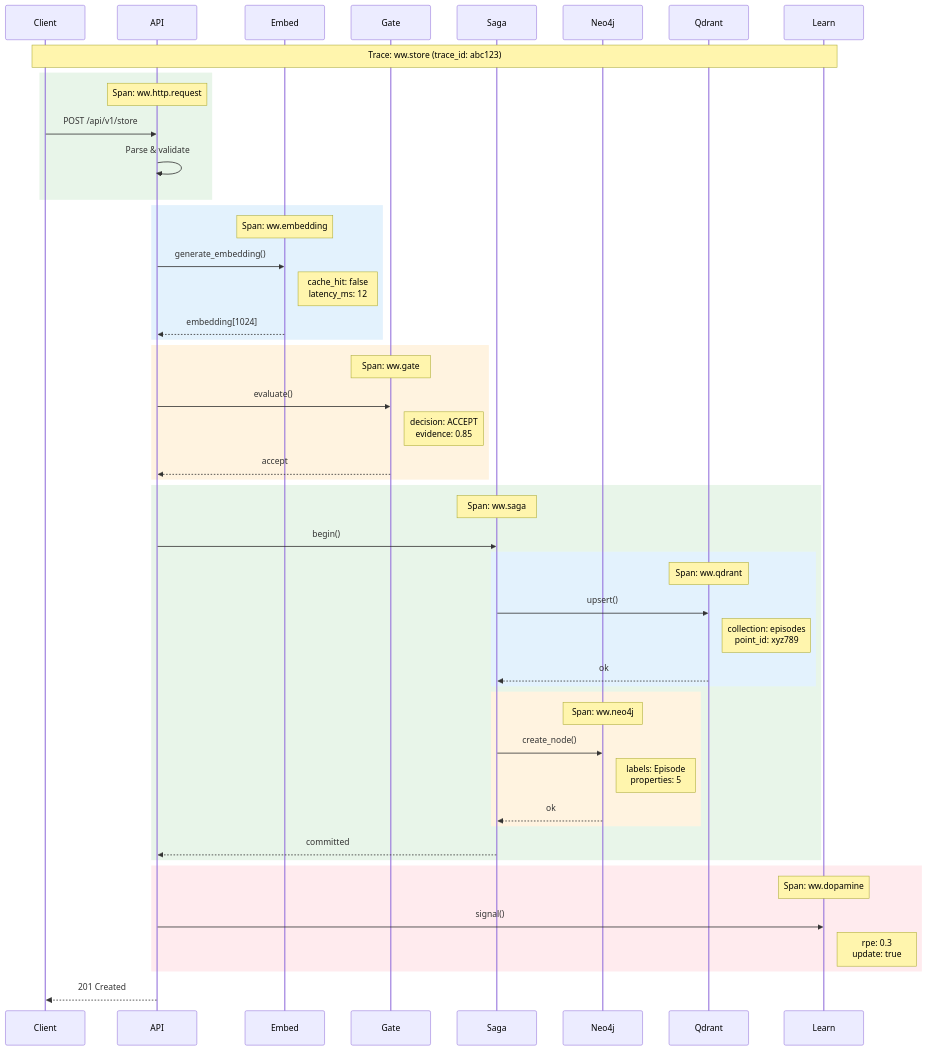
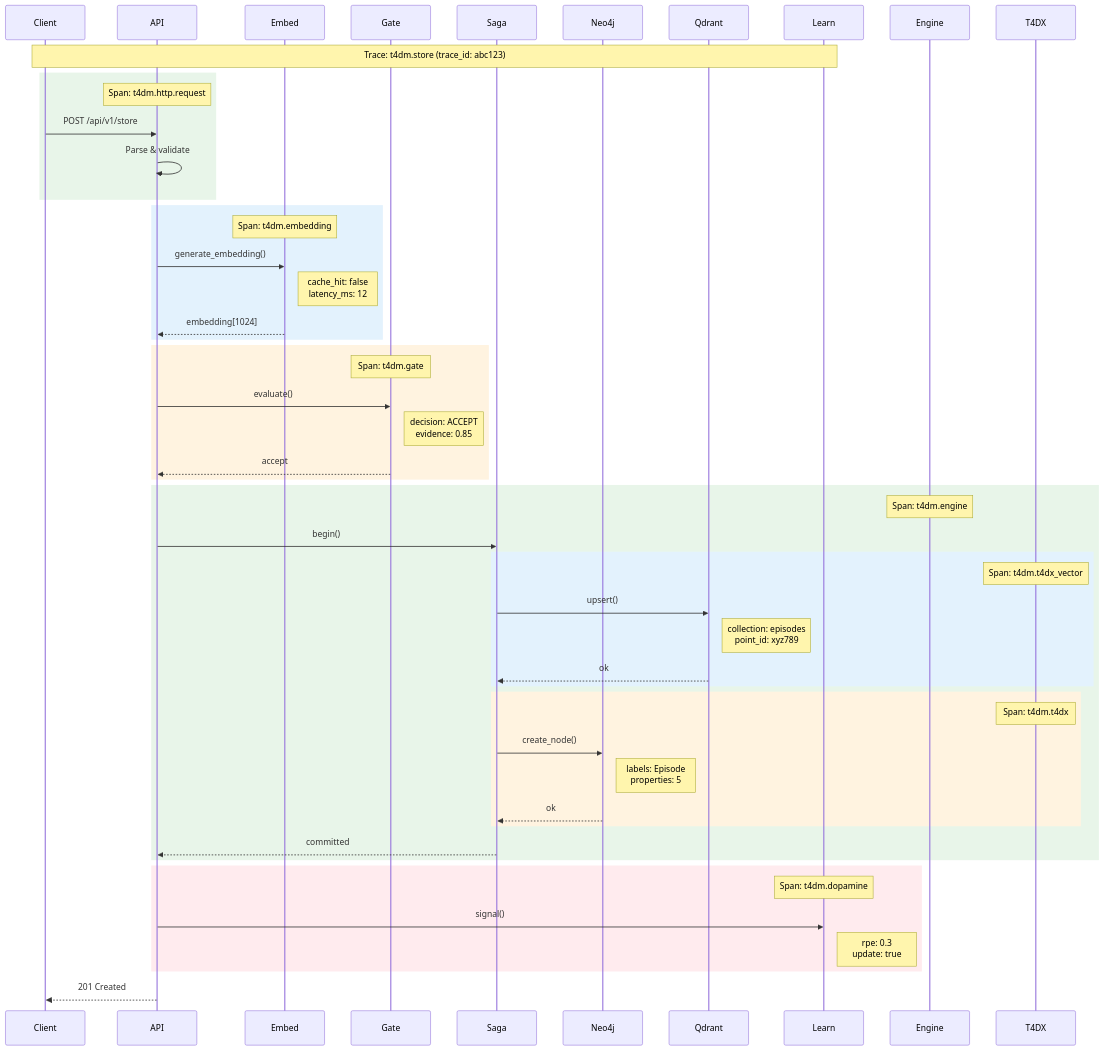
One commit to astoreyai/t4d changed the fifth of 9 diagrams in docs/operations/monitoring.md. Above: the diagram before and after it, drawn with Mermaid. The commit also changed other lines of this file and 394 other files, not shown here.

First line of the commit message:
Bulk rename World Weaver→T4DM across all documentation, diagrams, skills, agents

````diff
--- a/docs/operations/monitoring.md
+++ b/docs/operations/monitoring.md
@@ -439,62 +439,62 @@
 ```mermaid
 sequenceDiagram
     participant Client
     participant API
     participant Embed
     participant Gate
     participant Saga
     participant Neo4j
     participant Qdrant
     participant Learn
 
-    Note over Client,Learn: Trace: ww.store (trace_id: abc123)
+    Note over Client,Learn: Trace: t4dm.store (trace_id: abc123)
 
     rect rgb(232, 245, 233)
-        Note over API: Span: ww.http.request
+        Note over API: Span: t4dm.http.request
         Client->>API: POST /api/v1/store
         API->>API: Parse & validate
     end
 
     rect rgb(227, 242, 253)
-        Note over Embed: Span: ww.embedding
+        Note over Embed: Span: t4dm.embedding
         API->>Embed: generate_embedding()
         Note right of Embed: cache_hit: false<br/>latency_ms: 12
         Embed-->>API: embedding[1024]
     end
 
     rect rgb(255, 243, 224)
-        Note over Gate: Span: ww.gate
+        Note over Gate: Span: t4dm.gate
         API->>Gate: evaluate()
         Note right of Gate: decision: ACCEPT<br/>evidence: 0.85
         Gate-->>API: accept
     end
 
     rect rgb(232, 245, 233)
-        Note over Saga: Span: ww.saga
+        Note over Engine: Span: t4dm.engine
         API->>Saga: begin()
 
         rect rgb(227, 242, 253)
-            Note over Qdrant: Span: ww.qdrant
+            Note over T4DX: Span: t4dm.t4dx_vector
             Saga->>Qdrant: upsert()
             Note right of Qdrant: collection: episodes<br/>point_id: xyz789
             Qdrant-->>Saga: ok
         end
 
         rect rgb(255, 243, 224)
-            Note over Neo4j: Span: ww.neo4j
+            Note over T4DX: Span: t4dm.t4dx
             Saga->>Neo4j: create_node()
             Note right of Neo4j: labels: Episode<br/>properties: 5
             Neo4j-->>Saga: ok
         end
 
         Saga-->>API: committed
     end
 
     rect rgb(255, 235, 238)
-        Note over Learn: Span: ww.dopamine
+        Note over Learn: Span: t4dm.dopamine
         API->>Learn: signal()
         Note right of Learn: rpe: 0.3<br/>update: true
     end
 
     API-->>Client: 201 Created
 ```
````
